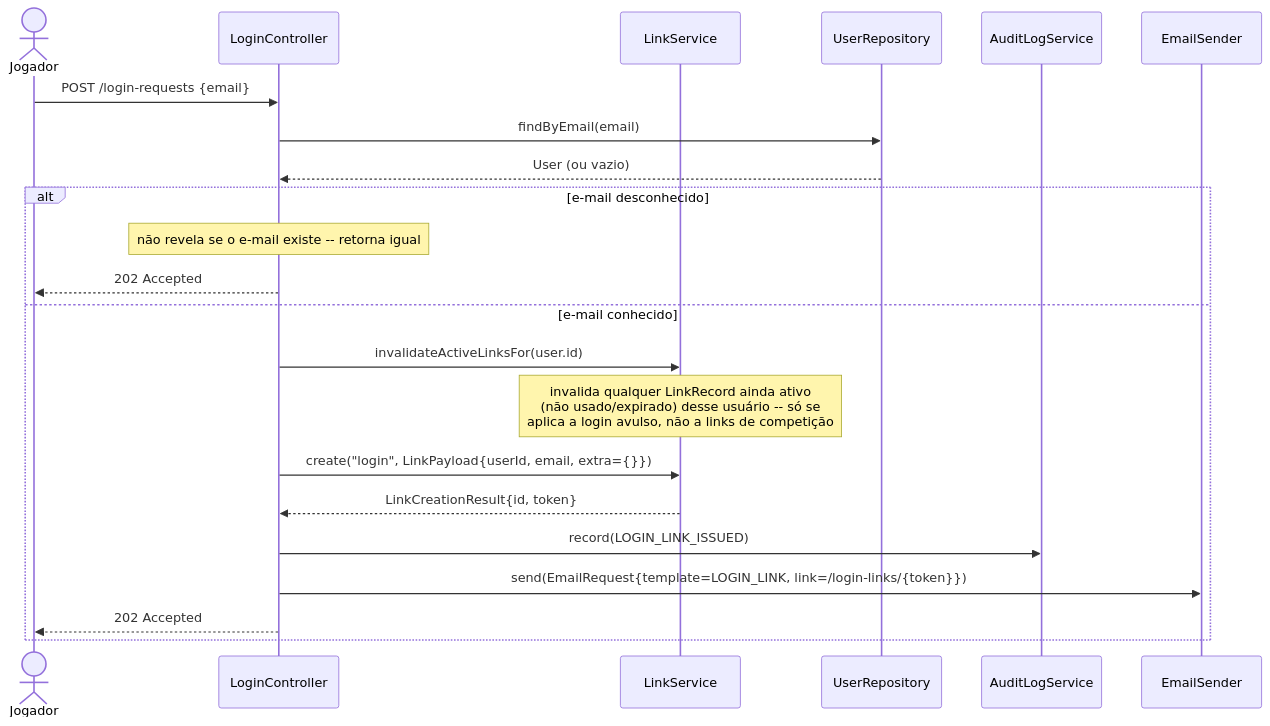
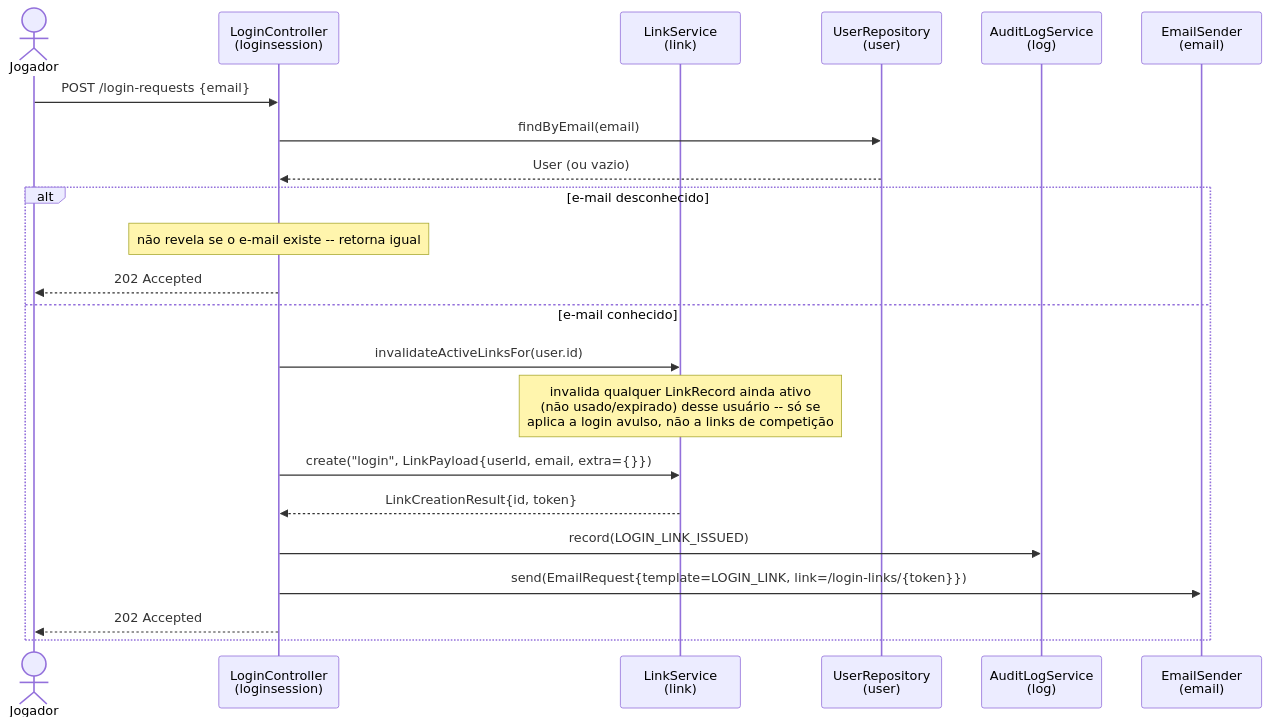
The first of 10 diagrams in docs/diagrams/sequencia.md (lalgarve/jogo-acoes), drawn with Mermaid before and after one commit. The commit also changed other lines of this file and 3 other files, not shown here.

First line of the commit message:
docs: update module diagrams for the login package split

````diff
--- a/docs/diagrams/sequencia.md
+++ b/docs/diagrams/sequencia.md
@@ -19,25 +19,25 @@
 ```mermaid
 sequenceDiagram
     actor J as Jogador
-    participant LC as LoginController
-    participant LiS as LinkService
-    participant UR as UserRepository
-    participant AL as AuditLogService
-    participant ES as EmailSender
+    participant LC as LoginController<br/>(loginsession)
+    participant LiS as LinkService<br/>(link)
+    participant UR as UserRepository<br/>(user)
+    participant AL as AuditLogService<br/>(log)
+    participant ES as EmailSender<br/>(email)
 
     J->>LC: POST /login-requests {email}
     LC->>UR: findByEmail(email)
     UR-->>LC: User (ou vazio)
     alt e-mail desconhecido
         Note over LC: não revela se o e-mail existe -- retorna igual
         LC-->>J: 202 Accepted
     else e-mail conhecido
         LC->>LiS: invalidateActiveLinksFor(user.id)
         Note over LiS: invalida qualquer LinkRecord ainda ativo<br/>(não usado/expirado) desse usuário -- só se<br/>aplica a login avulso, não a links de competição
         LC->>LiS: create("login", LinkPayload{userId, email, extra={}})
         LiS-->>LC: LinkCreationResult{id, token}
         LC->>AL: record(LOGIN_LINK_ISSUED)
         LC->>ES: send(EmailRequest{template=LOGIN_LINK, link=/login-links/{token}})
         LC-->>J: 202 Accepted
     end
 ```
````
